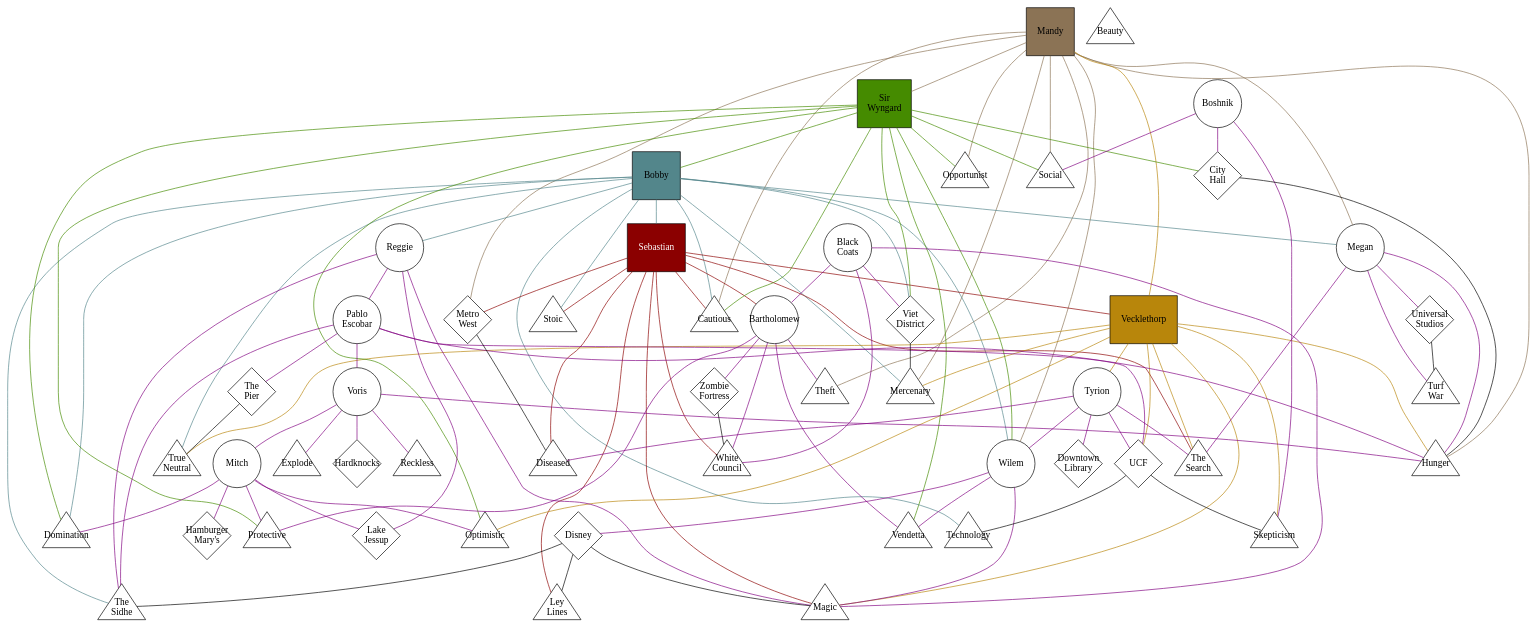
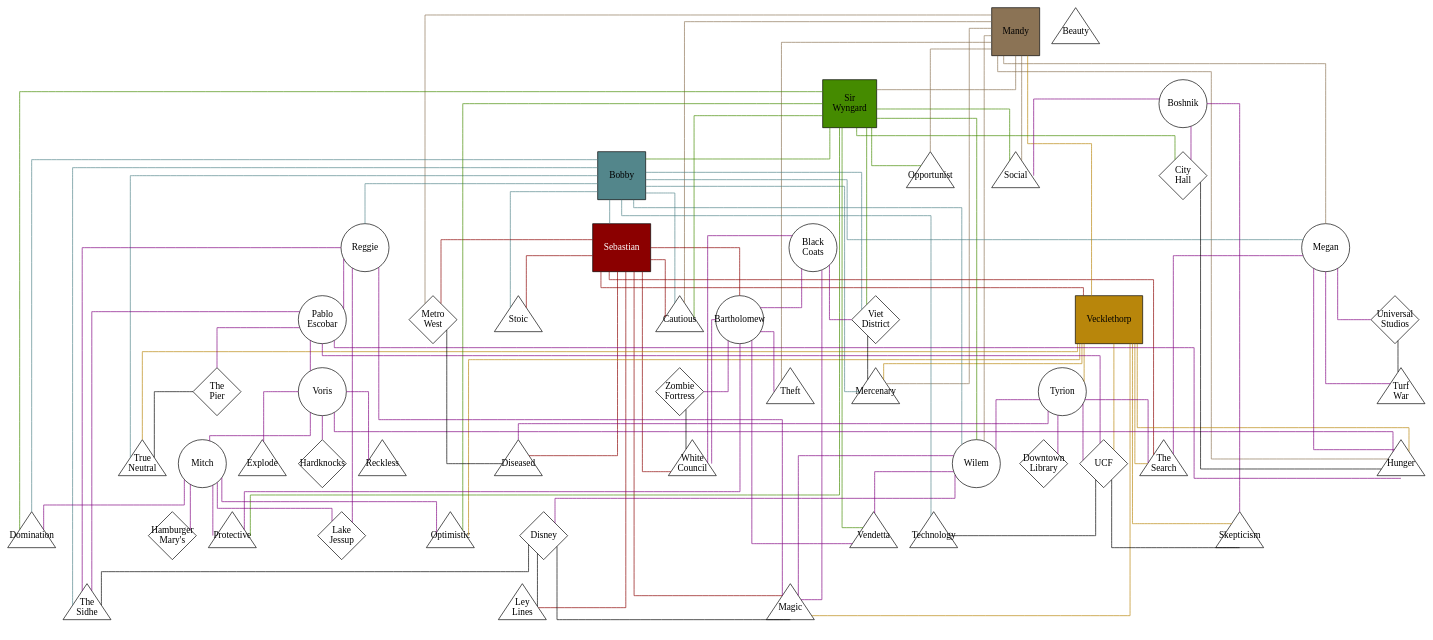
One commit to stevenvergenz/vergenz-dresden-map changed the diagram in might-of-aurora/might-of-aurora.dot. Above: the diagram before and after it, drawn with Graphviz. The commit also changed 1 other file, not shown here.

Commit message:
Updated graphic

```diff
--- a/might-of-aurora/might-of-aurora.dot
+++ b/might-of-aurora/might-of-aurora.dot
@@ -1,6 +1,6 @@
 graph might_of_aurora
 {
-	graph [overlap=scale, splines=spline]
+	graph [overlap=scale, splines=ortho]
 	node [fixedsize="true", width="1.0", height="1.0"]
 
 // ==================== PLAYER CHARACTERS ====================
```
